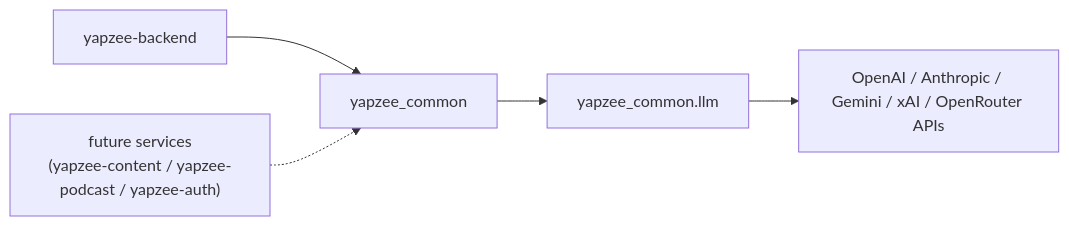
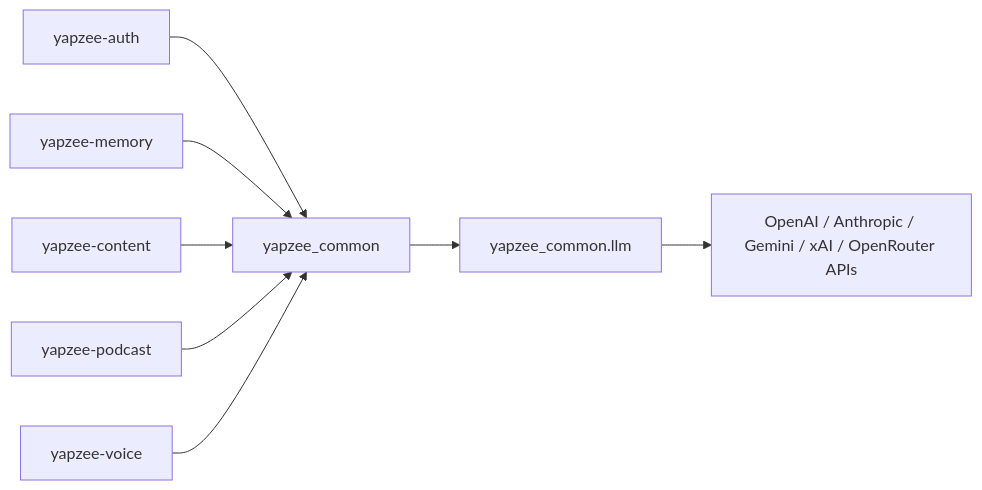
One commit to pisithrps/yapzee-common changed the diagram in README.md. Above: the diagram before and after it, drawn with Mermaid. The commit also changed other lines of this file and 1 other file, not shown here.

Commit message:
docs(common): add CLAUDE.md, fix README consumer list for microservices reality

````diff
--- a/README.md
+++ b/README.md
@@ -11,7 +11,10 @@
 ```mermaid
 flowchart LR
-    backend[yapzee-backend] --> common[yapzee_common]
-    future["future services\n(yapzee-content / yapzee-podcast / yapzee-auth)"] -.-> common
+    auth[yapzee-auth] --> common[yapzee_common]
+    memory[yapzee-memory] --> common
+    content[yapzee-content] --> common
+    podcast[yapzee-podcast] --> common
+    voice[yapzee-voice] --> common
     common --> llm[yapzee_common.llm]
     llm --> apis["OpenAI / Anthropic / Gemini / xAI / OpenRouter APIs"]
 ```
````
